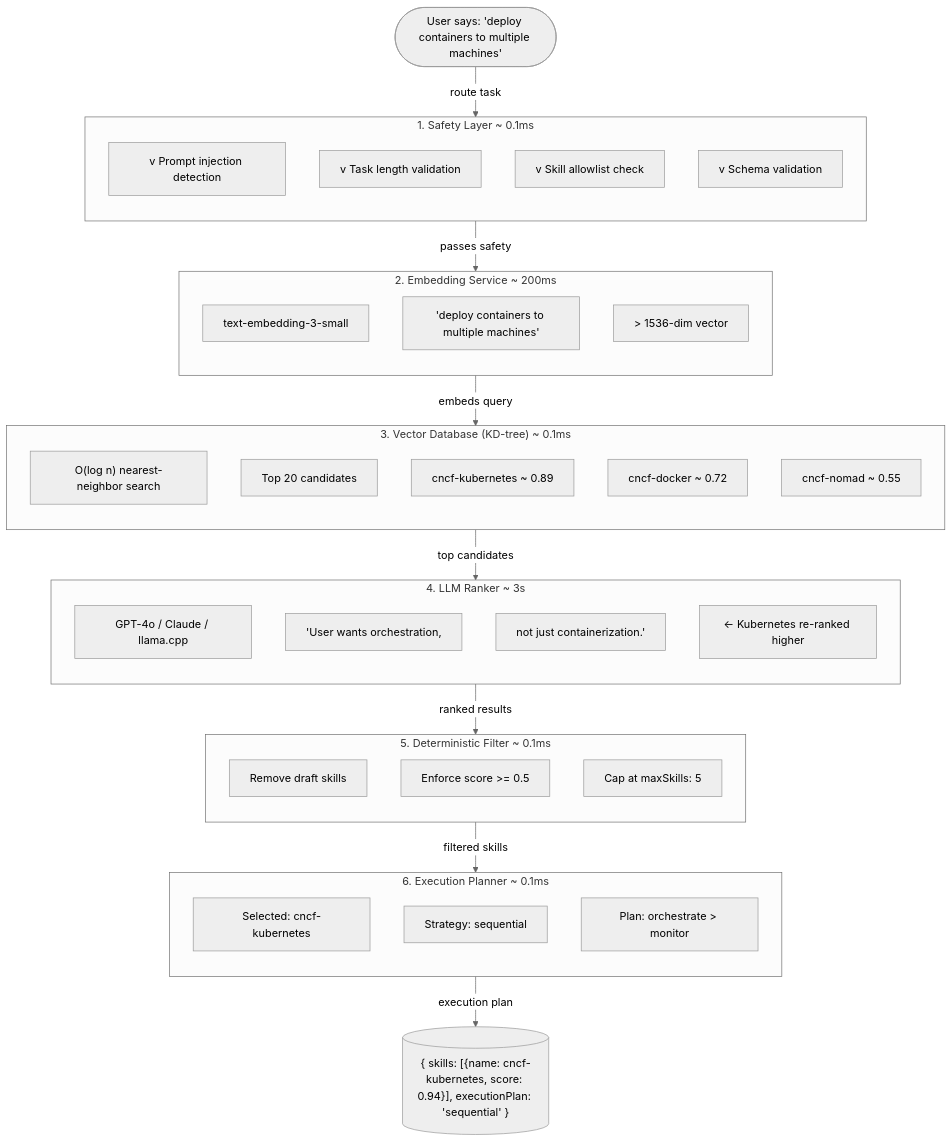
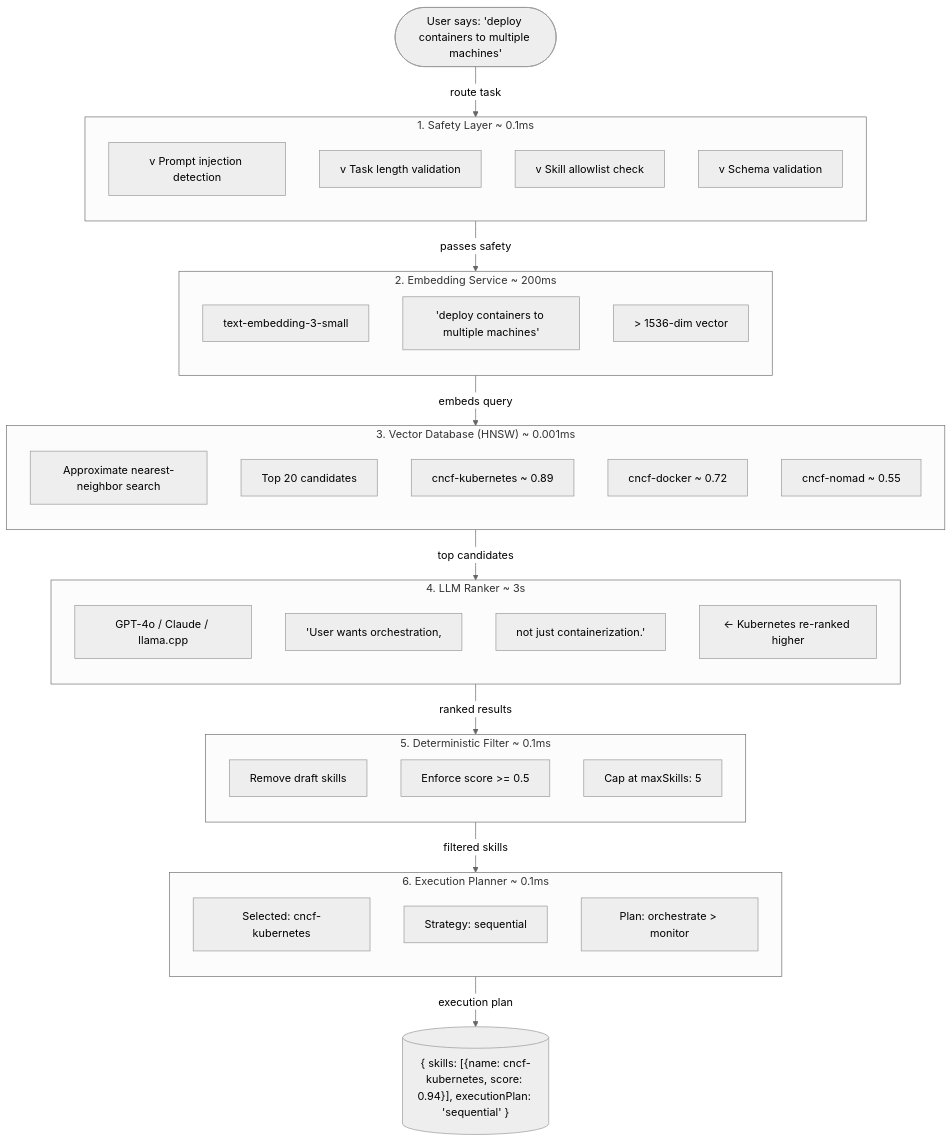
Before and after one commit to paulpas/agent-skill-router: the fourth of 10 diagrams in docs/skill-evolution.md, drawn with Mermaid. The commit also changed 1 other file, not shown here.

Commit message:
docs: replace stale KD-tree references with HNSW in show-and-tell and skill-evolution
- show-and-tell-presentation.md: 7 edits (table, ASCII art, benchmarks, pipeline diagram)
- skill-evolution.md: 2 edits (mermaid subgraph labels)
- scaling-guide.md intentionally preserved (KD-tree mentioned as previous approach)

````diff
--- a/docs/skill-evolution.md
+++ b/docs/skill-evolution.md
@@ -199,76 +199,76 @@
 ```mermaid
 ---
 config:
   theme: neutral
 ---
 flowchart TD
     %% Input
     Input(["User says: 'deploy containers to multiple machines'"]) -->|"route task"| Stage1
 
     %% Stage 1: Safety
     subgraph Stage1["1. Safety Layer ~ 0.1ms"]
         direction TB
         S1a["v Prompt injection detection"]
         S1b["v Task length validation"]
         S1c["v Skill allowlist check"]
         S1d["v Schema validation"]
     end
 
     Stage1 -->|"passes safety"| Stage2
 
     %% Stage 2: Embedding
     subgraph Stage2["2. Embedding Service ~ 200ms"]
         direction TB
         S2a["text-embedding-3-small"]
         S2b["'deploy containers to multiple machines'"]
         S2c["> 1536-dim vector"]
     end
 
     Stage2 -->|"embeds query"| Stage3
 
     %% Stage 3: Vector DB
-    subgraph Stage3["3. Vector Database (KD-tree) ~ 0.1ms"]
+    subgraph Stage3["3. Vector Database (HNSW) ~ 0.001ms"]
         direction TB
-        S3a["O(log n) nearest-neighbor search"]
+        S3a["Approximate nearest-neighbor search"]
         S3b["Top 20 candidates"]
         S3c["cncf-kubernetes ~ 0.89"]
         S3d["cncf-docker ~ 0.72"]
         S3e["cncf-nomad ~ 0.55"]
     end
 
     Stage3 -->|"top candidates"| Stage4
 
     %% Stage 4: LLM Ranker
     subgraph Stage4["4. LLM Ranker ~ 3s"]
         direction TB
         S4a["GPT-4o / Claude / llama.cpp"]
         S4b["'User wants orchestration,"]
         S4c["not just containerization.'"]
         S4d["<- Kubernetes re-ranked higher"]
     end
 
     Stage4 -->|"ranked results"| Stage5
 
     %% Stage 5: Filter
     subgraph Stage5["5. Deterministic Filter ~ 0.1ms"]
         direction TB
         S5a["Remove draft skills"]
         S5b["Enforce score >= 0.5"]
         S5c["Cap at maxSkills: 5"]
     end
 
     Stage5 -->|"filtered skills"| Stage6
 
     %% Stage 6: Planner
     subgraph Stage6["6. Execution Planner ~ 0.1ms"]
         direction TB
         S6a["Selected: cncf-kubernetes"]
         S6b["Strategy: sequential"]
         S6c["Plan: orchestrate > monitor"]
     end
 
     Stage6 -->|"execution plan"| Output
 
     %% Output
     Output[("{ skills: [{name: cncf-kubernetes, score: 0.94}], executionPlan: 'sequential' }")]
 ```
````
